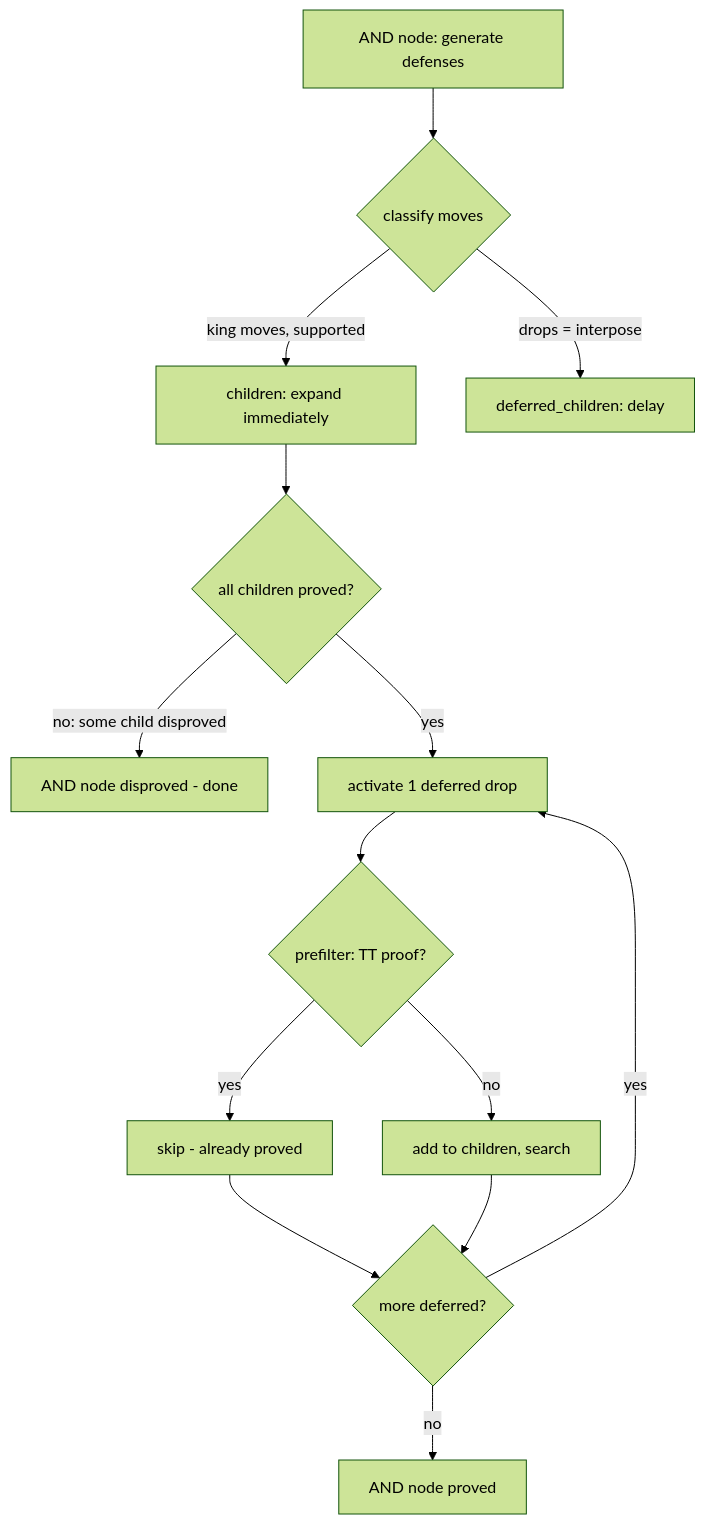
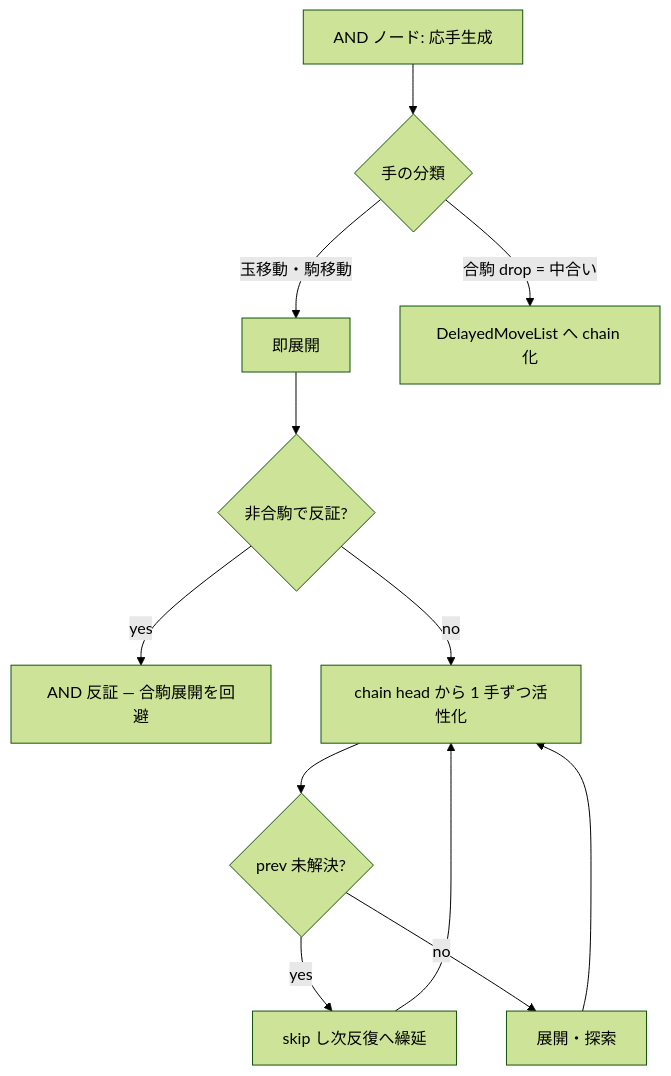
One commit to dousu/maou changed the diagram in docs/design/tsume-solver/aigoma-optimization.md. Above: the diagram before and after it, drawn with Mermaid (forest theme). The commit also changed other lines of this file and 15 other files, not shown here.

````diff
--- a/docs/design/tsume-solver/aigoma-optimization.md
+++ b/docs/design/tsume-solver/aigoma-optimization.md
@@ -82,18 +30,14 @@
 ```mermaid
 flowchart TD
-    A[AND node: generate defenses] --> B{classify moves}
-    B -->|king moves, supported| C[children: expand immediately]
-    B -->|drops = interpose| D[deferred_children: delay]
-
-    C --> E{all children proved?}
-    E -->|no: some child disproved| F[AND node disproved - done]
-    E -->|yes| G[activate 1 deferred drop]
-
-    G --> H{prefilter: TT proof?}
-    H -->|yes| I[skip - already proved]
-    H -->|no| J[add to children, search]
-    I --> K{more deferred?}
-    J --> K
-    K -->|yes| G
-    K -->|no| L[AND node proved]
+    A[AND ノード: 応手生成] --> B{手の分類}
+    B -->|玉移動・駒移動| C[即展開]
+    B -->|合駒 drop = 中合い| D[DelayedMoveList へ chain 化]
+    C --> E{非合駒で反証?}
+    E -->|yes| F[AND 反証 — 合駒展開を回避]
+    E -->|no| G[chain head から 1 手ずつ活性化]
+    G --> H{prev 未解決?}
+    H -->|yes| I[skip し次反復へ繰延]
+    H -->|no| J[展開・探索]
+    I --> G
+    J --> G
 ```
````
